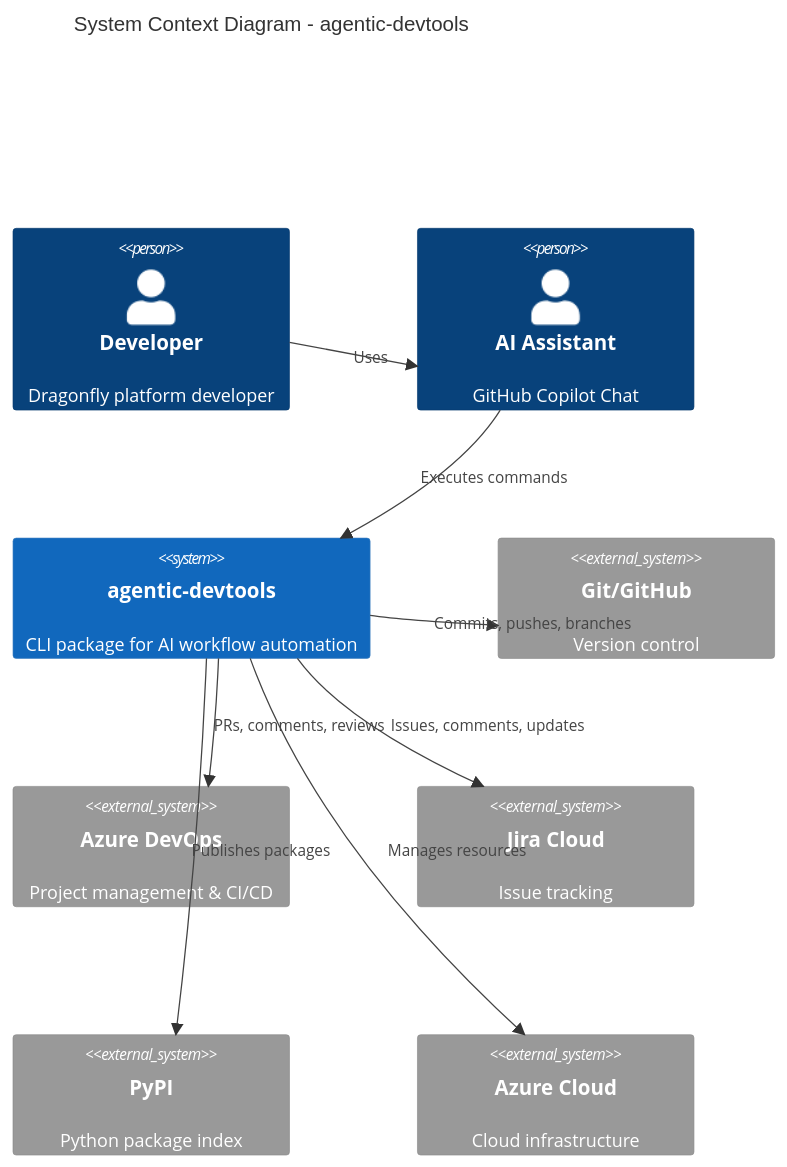
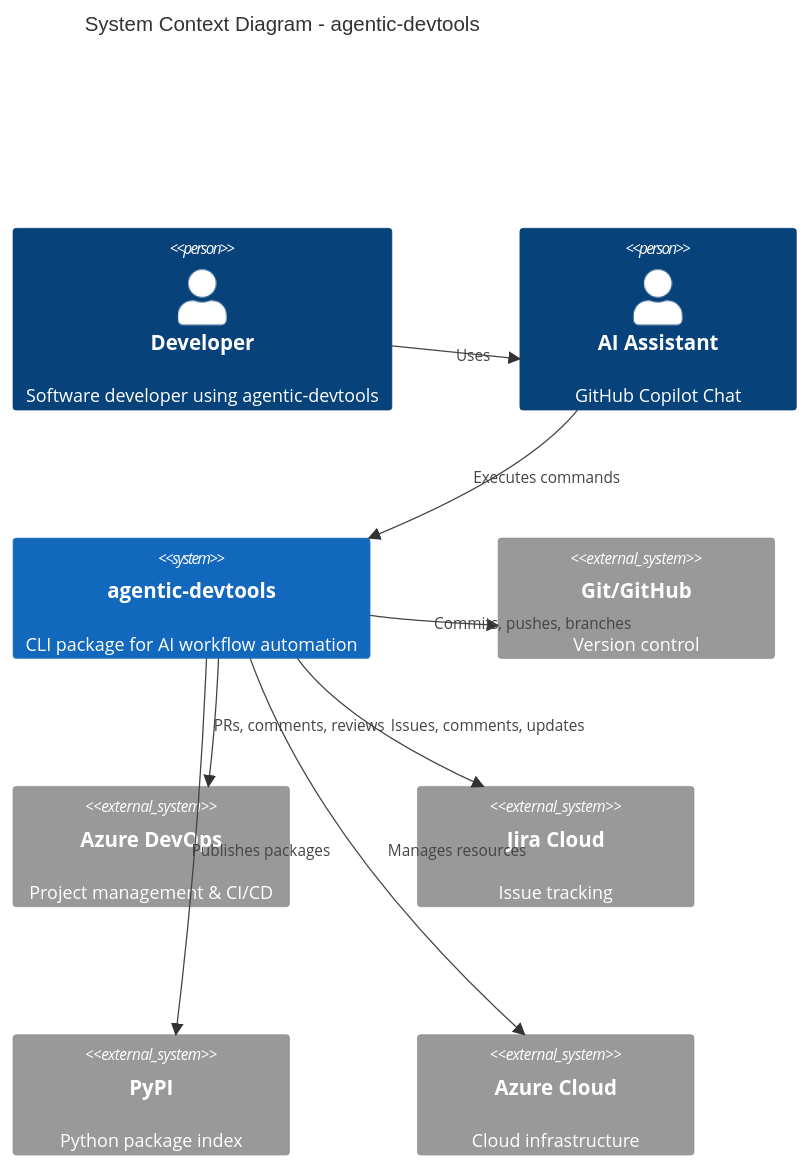
One commit to ayaiayorg/agentic-devtools changed the first of 5 diagrams in docs/03-system-context.md. Above: the diagram before and after it, drawn with Mermaid. The commit also changed other lines of this file and 8 other files, not shown here.

````diff
--- a/docs/03-system-context.md
+++ b/docs/03-system-context.md
@@ -7,23 +7,23 @@
 ```mermaid
 C4Context
     title System Context Diagram - agentic-devtools
 
-    Person(dev, "Developer", "Dragonfly platform developer")
+    Person(dev, "Developer", "Software developer using agentic-devtools")
     Person(ai, "AI Assistant", "GitHub Copilot Chat")
     
     System(agdt, "agentic-devtools", "CLI package for AI workflow automation")
     
     System_Ext(git, "Git/GitHub", "Version control")
     System_Ext(ado, "Azure DevOps", "Project management & CI/CD")
     System_Ext(jira, "Jira Cloud", "Issue tracking")
     System_Ext(pypi, "PyPI", "Python package index")
     System_Ext(azure, "Azure Cloud", "Cloud infrastructure")
     
     Rel(dev, ai, "Uses")
     Rel(ai, agdt, "Executes commands")
     Rel(agdt, git, "Commits, pushes, branches")
     Rel(agdt, ado, "PRs, comments, reviews")
     Rel(agdt, jira, "Issues, comments, updates")
     Rel(agdt, pypi, "Publishes packages")
     Rel(agdt, azure, "Manages resources")
 ```
````
